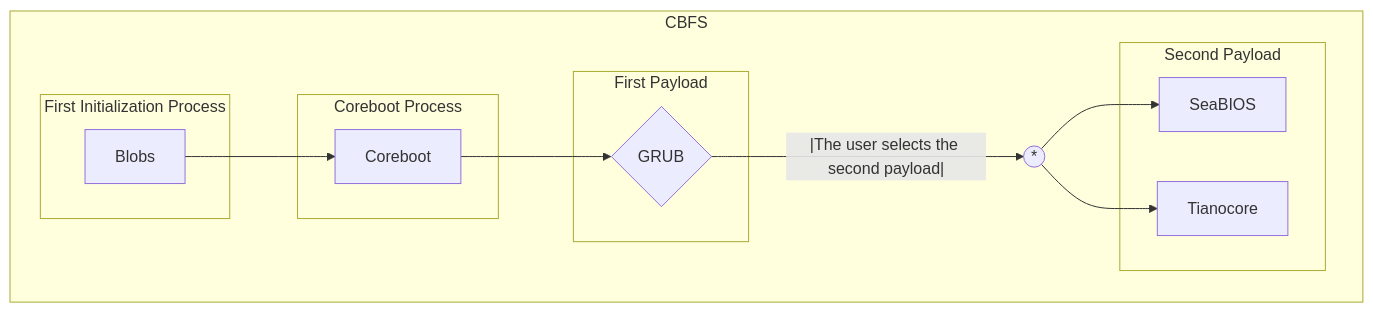
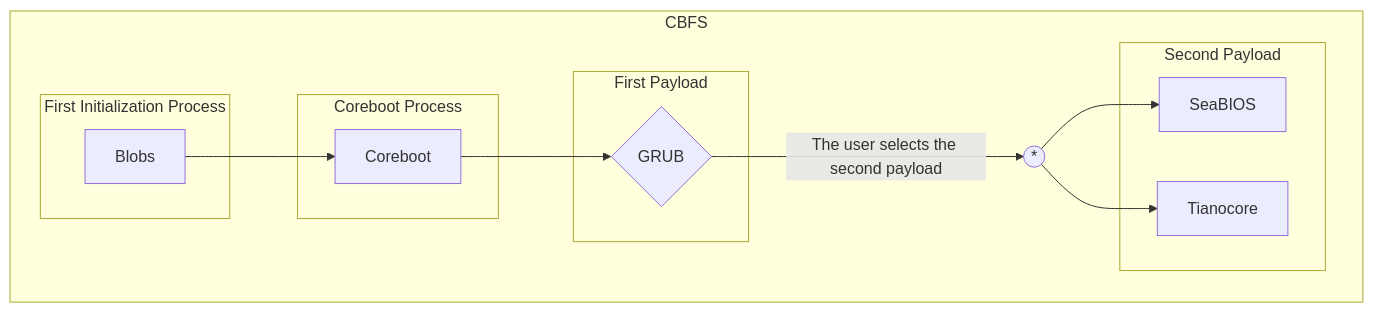
Before and after one commit to Ch3ckm4t3C1ph3r/Lenovo-Ideapad-320-14ISK-_Coreboot-Adaptation_: the diagram in README.md, drawn with Mermaid.

Commit message:
Fix formatting of payload selection in README

````diff
--- a/README.md
+++ b/README.md
@@ -99,29 +99,29 @@
 ```mermaid
 flowchart LR;
     subgraph CBFS
         direction LR
 
         %% Not publicly documented boot process
         subgraph First Initialization Process
         Blobs
         end
 
         Blobs --> Coreboot
 
         subgraph Coreboot Process
         Coreboot
         end
     
         Coreboot-->p1{GRUB}
     
         subgraph First Payload
         p1{GRUB}
         end
     
-        p1{GRUB}--|The user selects the second payload|-->UNION((*))-->p2_1[SeaBIOS] & p2_2[Tianocore]
+        p1{GRUB}--The user selects the second payload-->UNION((*))-->p2_1[SeaBIOS] & p2_2[Tianocore]
     
         subgraph Second Payload
         p2_1[SeaBIOS] & p2_2[Tianocore]
         end
     end
 ```
````
